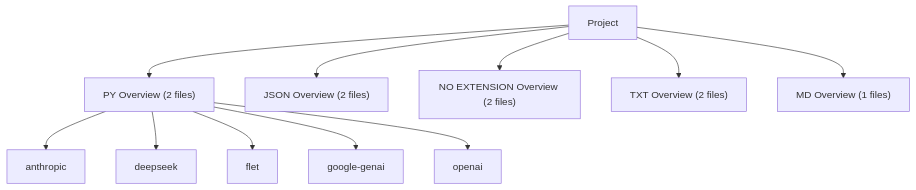
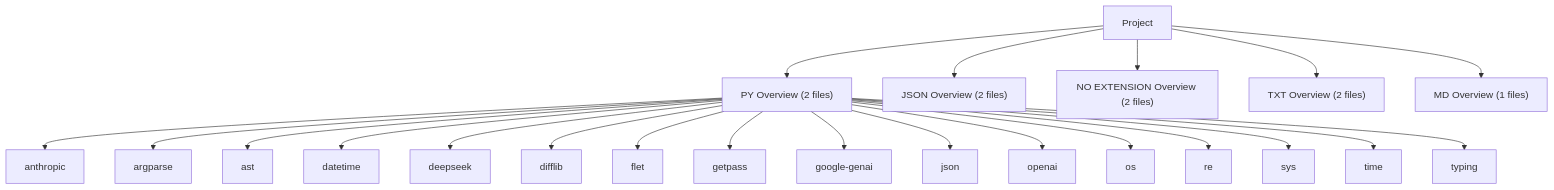
The second of 3 diagrams in readme.md (lystwork/ndaversis), drawn with Mermaid before and after one commit. The commit also changed other lines of this file and 2 other files, not shown here.

````diff
--- a/readme.md
+++ b/readme.md
@@ -267,13 +268,24 @@
 ```mermaid
 graph TD
     Project --> lang_PY["PY Overview (2 files)"]
     lang_PY --> dep_anthropic["anthropic"]
+    lang_PY --> dep_argparse["argparse"]
+    lang_PY --> dep_ast["ast"]
+    lang_PY --> dep_datetime["datetime"]
     lang_PY --> dep_deepseek["deepseek"]
+    lang_PY --> dep_difflib["difflib"]
     lang_PY --> dep_flet["flet"]
+    lang_PY --> dep_getpass["getpass"]
     lang_PY --> dep_google_genai["google-genai"]
+    lang_PY --> dep_json["json"]
     lang_PY --> dep_openai["openai"]
+    lang_PY --> dep_os["os"]
+    lang_PY --> dep_re["re"]
+    lang_PY --> dep_sys["sys"]
+    lang_PY --> dep_time["time"]
+    lang_PY --> dep_typing["typing"]
     Project --> lang_JSON["JSON Overview (2 files)"]
     Project --> lang_NO_EXTENSION["NO EXTENSION Overview (2 files)"]
     Project --> lang_TXT["TXT Overview (2 files)"]
     Project --> lang_MD["MD Overview (1 files)"]
 ```
````
